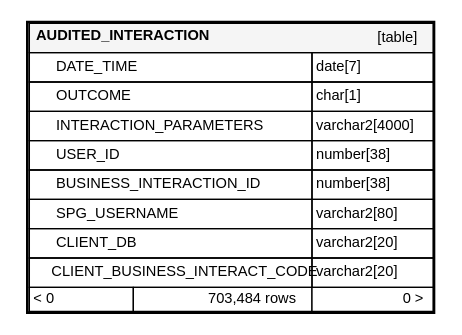
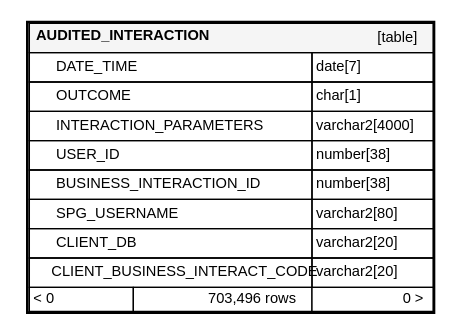
Before and after one commit to ministryofjustice/hmpps-probation-integration-services: the diagram in schema-spy-report/diagrams/orphans/AUDITED_INTERACTION.1degree.dot, drawn with Graphviz. The commit also changed 89 other files, not shown here.

```diff
--- a/schema-spy-report/diagrams/orphans/AUDITED_INTERACTION.1degree.dot
+++ b/schema-spy-report/diagrams/orphans/AUDITED_INTERACTION.1degree.dot
@@ -1,37 +1,37 @@
 digraph "AUDITED_INTERACTION" {
   graph [
     rankdir="RL"
     bgcolor="#ffffff"
     nodesep="0.18"
     ranksep="0.46"
     fontname="Helvetica"
     fontsize="11"
     ration="compress"
   ];
   node [
     fontname="Helvetica"
     fontsize="11"
     shape="plaintext"
   ];
   edge [
     arrowsize="0.8"
   ];
   "AUDITED_INTERACTION" [
    label=<
     <TABLE BORDER="2" CELLBORDER="1" CELLSPACING="0" BGCOLOR="#ffffff">
       <TR><TD COLSPAN="4"  BGCOLOR="#f5f5f5"><TABLE BORDER="0" CELLSPACING="0"><TR><TD ALIGN="LEFT"><B>AUDITED_INTERACTION</B></TD><TD ALIGN="RIGHT">[table]</TD></TR></TABLE></TD></TR>
       <TR><TD PORT="DATE_TIME" COLSPAN="2" ALIGN="LEFT"><TABLE BORDER="0" CELLSPACING="0" ALIGN="LEFT"><TR ALIGN="LEFT"><TD ALIGN="LEFT" FIXEDSIZE="TRUE" WIDTH="15" HEIGHT="16"></TD><TD ALIGN="LEFT" FIXEDSIZE="TRUE" WIDTH="191" HEIGHT="16">DATE_TIME</TD></TR></TABLE></TD><TD PORT="DATE_TIME.type" ALIGN="LEFT">date[7]</TD></TR>
       <TR><TD PORT="OUTCOME" COLSPAN="2" ALIGN="LEFT"><TABLE BORDER="0" CELLSPACING="0" ALIGN="LEFT"><TR ALIGN="LEFT"><TD ALIGN="LEFT" FIXEDSIZE="TRUE" WIDTH="15" HEIGHT="16"></TD><TD ALIGN="LEFT" FIXEDSIZE="TRUE" WIDTH="191" HEIGHT="16">OUTCOME</TD></TR></TABLE></TD><TD PORT="OUTCOME.type" ALIGN="LEFT">char[1]</TD></TR>
       <TR><TD PORT="INTERACTION_PARAMETERS" COLSPAN="2" ALIGN="LEFT"><TABLE BORDER="0" CELLSPACING="0" ALIGN="LEFT"><TR ALIGN="LEFT"><TD ALIGN="LEFT" FIXEDSIZE="TRUE" WIDTH="15" HEIGHT="16"></TD><TD ALIGN="LEFT" FIXEDSIZE="TRUE" WIDTH="191" HEIGHT="16">INTERACTION_PARAMETERS</TD></TR></TABLE></TD><TD PORT="INTERACTION_PARAMETERS.type" ALIGN="LEFT">varchar2[4000]</TD></TR>
       <TR><TD PORT="USER_ID" COLSPAN="2" ALIGN="LEFT"><TABLE BORDER="0" CELLSPACING="0" ALIGN="LEFT"><TR ALIGN="LEFT"><TD ALIGN="LEFT" FIXEDSIZE="TRUE" WIDTH="15" HEIGHT="16"></TD><TD ALIGN="LEFT" FIXEDSIZE="TRUE" WIDTH="191" HEIGHT="16">USER_ID</TD></TR></TABLE></TD><TD PORT="USER_ID.type" ALIGN="LEFT">number[38]</TD></TR>
       <TR><TD PORT="BUSINESS_INTERACTION_ID" COLSPAN="2" ALIGN="LEFT"><TABLE BORDER="0" CELLSPACING="0" ALIGN="LEFT"><TR ALIGN="LEFT"><TD ALIGN="LEFT" FIXEDSIZE="TRUE" WIDTH="15" HEIGHT="16"></TD><TD ALIGN="LEFT" FIXEDSIZE="TRUE" WIDTH="191" HEIGHT="16">BUSINESS_INTERACTION_ID</TD></TR></TABLE></TD><TD PORT="BUSINESS_INTERACTION_ID.type" ALIGN="LEFT">number[38]</TD></TR>
       <TR><TD PORT="SPG_USERNAME" COLSPAN="2" ALIGN="LEFT"><TABLE BORDER="0" CELLSPACING="0" ALIGN="LEFT"><TR ALIGN="LEFT"><TD ALIGN="LEFT" FIXEDSIZE="TRUE" WIDTH="15" HEIGHT="16"></TD><TD ALIGN="LEFT" FIXEDSIZE="TRUE" WIDTH="191" HEIGHT="16">SPG_USERNAME</TD></TR></TABLE></TD><TD PORT="SPG_USERNAME.type" ALIGN="LEFT">varchar2[80]</TD></TR>
       <TR><TD PORT="CLIENT_DB" COLSPAN="2" ALIGN="LEFT"><TABLE BORDER="0" CELLSPACING="0" ALIGN="LEFT"><TR ALIGN="LEFT"><TD ALIGN="LEFT" FIXEDSIZE="TRUE" WIDTH="15" HEIGHT="16"></TD><TD ALIGN="LEFT" FIXEDSIZE="TRUE" WIDTH="191" HEIGHT="16">CLIENT_DB</TD></TR></TABLE></TD><TD PORT="CLIENT_DB.type" ALIGN="LEFT">varchar2[20]</TD></TR>
       <TR><TD PORT="CLIENT_BUSINESS_INTERACT_CODE" COLSPAN="2" ALIGN="LEFT"><TABLE BORDER="0" CELLSPACING="0" ALIGN="LEFT"><TR ALIGN="LEFT"><TD ALIGN="LEFT" FIXEDSIZE="TRUE" WIDTH="15" HEIGHT="16"></TD><TD ALIGN="LEFT" FIXEDSIZE="TRUE" WIDTH="191" HEIGHT="16">CLIENT_BUSINESS_INTERACT_CODE</TD></TR></TABLE></TD><TD PORT="CLIENT_BUSINESS_INTERACT_CODE.type" ALIGN="LEFT">varchar2[20]</TD></TR>
-      <TR><TD ALIGN="LEFT" BGCOLOR="#ffffff">&lt; 0</TD><TD ALIGN="RIGHT" BGCOLOR="#ffffff">703,484 rows</TD><TD ALIGN="RIGHT" BGCOLOR="#ffffff">0 &gt;</TD></TR>
+      <TR><TD ALIGN="LEFT" BGCOLOR="#ffffff">&lt; 0</TD><TD ALIGN="RIGHT" BGCOLOR="#ffffff">703,496 rows</TD><TD ALIGN="RIGHT" BGCOLOR="#ffffff">0 &gt;</TD></TR>
     </TABLE>>
     URL="../../tables/AUDITED_INTERACTION.html"
     target="_top"
     tooltip="AUDITED_INTERACTION"
   ];
 }
```
